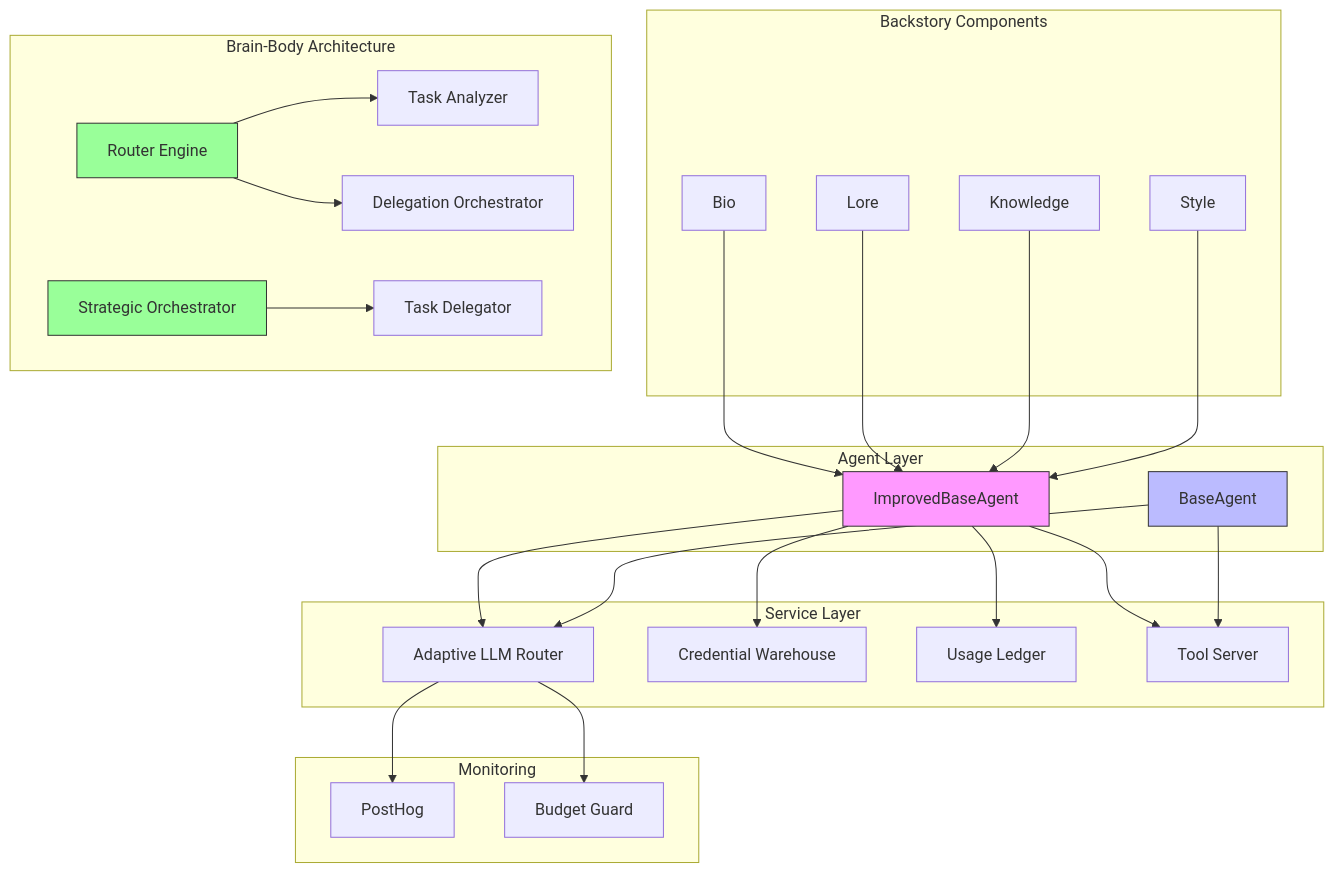
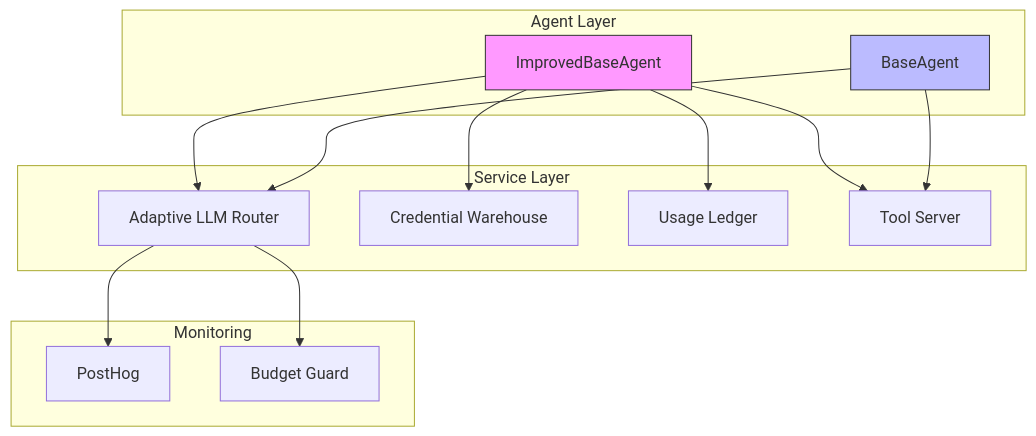
The second of 7 diagrams in .qoder/repowiki/en/content/Agent Ecosystem/Base Agent Implementation.md (371-Minds/os), drawn with Mermaid before and after one commit. The commit also changed other lines of this file and 8 other files, not shown here.

````diff
--- a/.qoder/repowiki/en/content/Agent Ecosystem/Base Agent Implementation.md
+++ b/.qoder/repowiki/en/content/Agent Ecosystem/Base Agent Implementation.md
@@ -128,49 +83,27 @@
 ```mermaid
 graph TB
 subgraph "Agent Layer"
 IBA[ImprovedBaseAgent]
 BA[BaseAgent]
 end
 subgraph "Service Layer"
 ALR[Adaptive LLM Router]
 CW[Credential Warehouse]
 UL[Usage Ledger]
 TS[Tool Server]
 end
 subgraph "Monitoring"
 PH[PostHog]
 BF[Budget Guard]
 end
-subgraph "Backstory Components"
-BT[Bio]
-LT[Lore]
-KT[Knowledge]
-ST[Style]
-end
-subgraph "Brain-Body Architecture"
-RE[Router Engine]
-TA[Task Analyzer]
-DO[Delegation Orchestrator]
-SO[Strategic Orchestrator]
-TD[Task Delegator]
-end
 IBA --> ALR
 IBA --> CW
 IBA --> UL
 BA --> ALR
 ALR --> PH
 ALR --> BF
 IBA --> TS
 BA --> TS
-BT --> IBA
-LT --> IBA
-KT --> IBA
-ST --> IBA
-RE --> TA
-RE --> DO
-SO --> TD
 style IBA fill:#f9f,stroke:#333
 style BA fill:#bbf,stroke:#333
-style RE fill:#9f9,stroke:#333
-style SO fill:#9f9,stroke:#333
 ```
````
